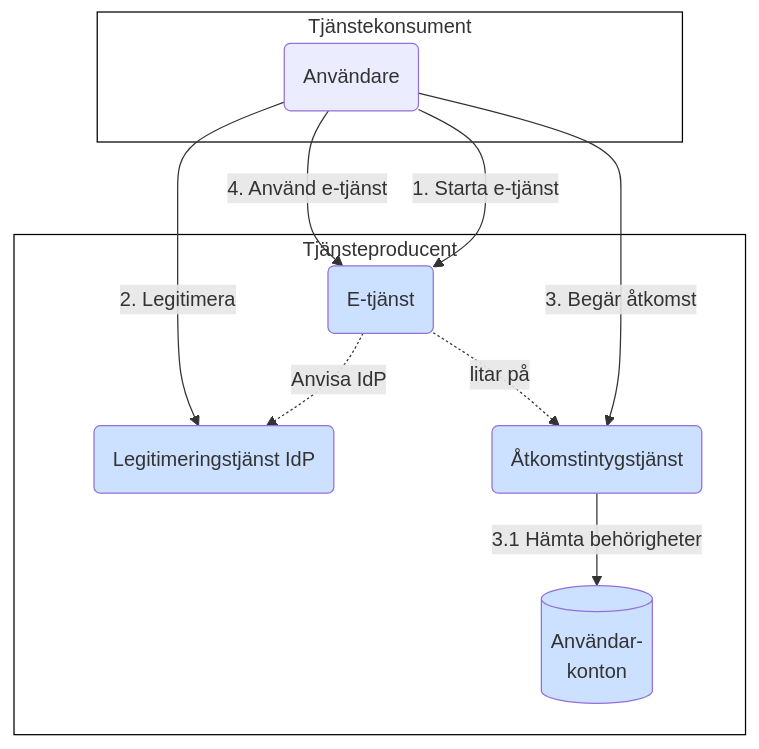
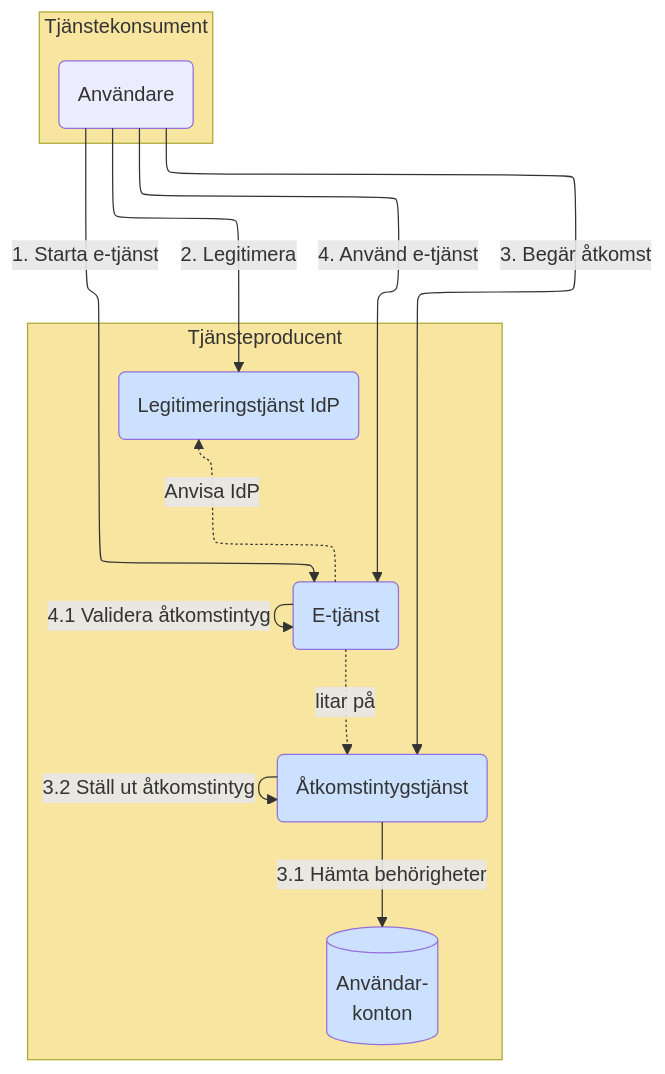
Before and after one commit to diggsweden/ena-authorization: the sixth of 9 diagrams in architecture/drafts/IAM_TargetArchitecture_Sweden.md, drawn with Mermaid. The commit also changed other lines of this file, not shown here.

Commit message:
Testar ny mermaid-rendrerare "elk"

````diff
--- a/architecture/drafts/IAM_TargetArchitecture_Sweden.md
+++ b/architecture/drafts/IAM_TargetArchitecture_Sweden.md
@@ -239,29 +249,32 @@
 ```mermaid
+%%{init: {"flowchart": {"defaultRenderer": "elk"}} }%%
 graph 
 classDef org fill:#F8E5A0
 classDef comp fill:#CCE1FF
 classDef box fill:#ffffff,stroke:#000000
 
 subgraph po[Tjänsteproducent]
     p(E-tjänst):::comp
     idp(Legitimeringstjänst IdP):::comp
     as(Åtkomstintygstjänst):::comp
     udb[(Användar-<br>konton)]:::comp
 end
-po:::box
+po:::org
 
 subgraph co[Tjänstekonsument]
     u(Användare)
 end
-co:::box
+co:::org
 
 idp ~~~ p
 
 u--<p>1. Starta e-tjänst-->p
 p-.Anvisa IdP.->idp
 u--<p>2. Legitimera-->idp
 u--<p>3. Begär åtkomst-->as
 as--<p>3.1 Hämta behörigheter-->udb
+as--<p>3.2 Ställ ut åtkomstintyg-->as
 u--<p>4. Använd e-tjänst-->p
+p--<p>4.1 Validera åtkomstintyg-->p
 p-.litar på.->as
 ```
````
